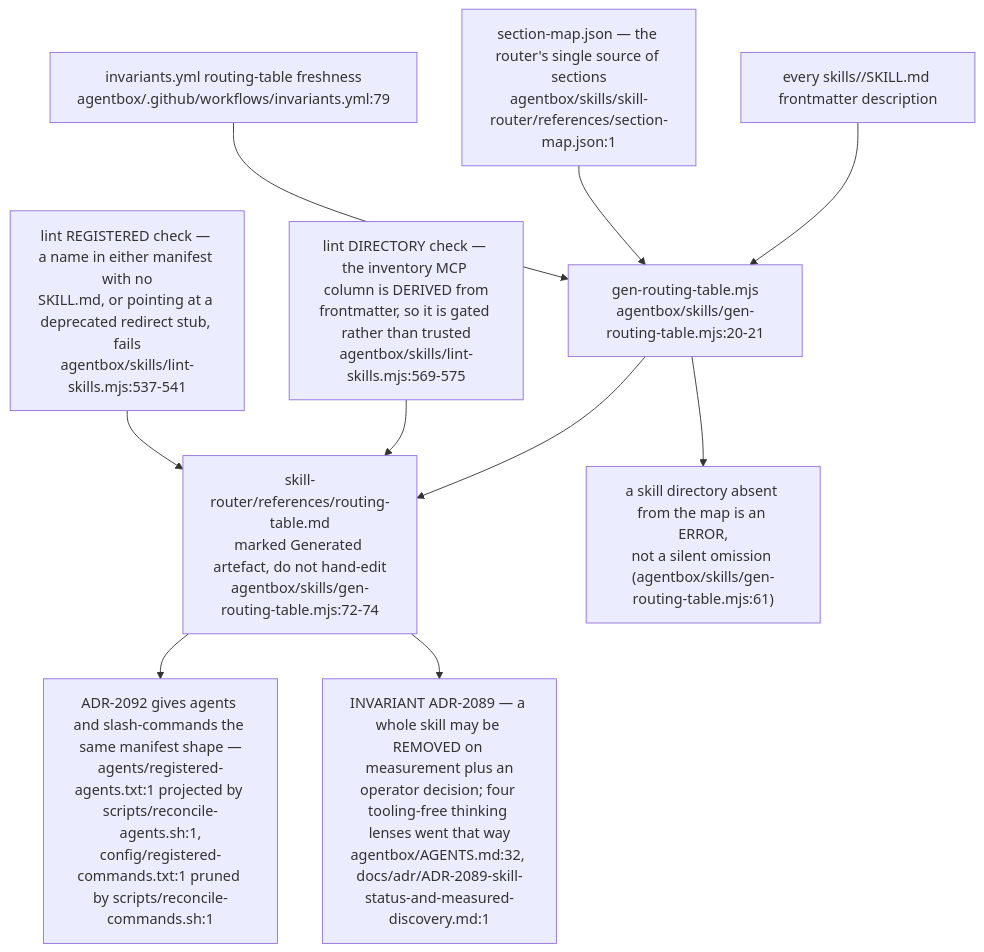
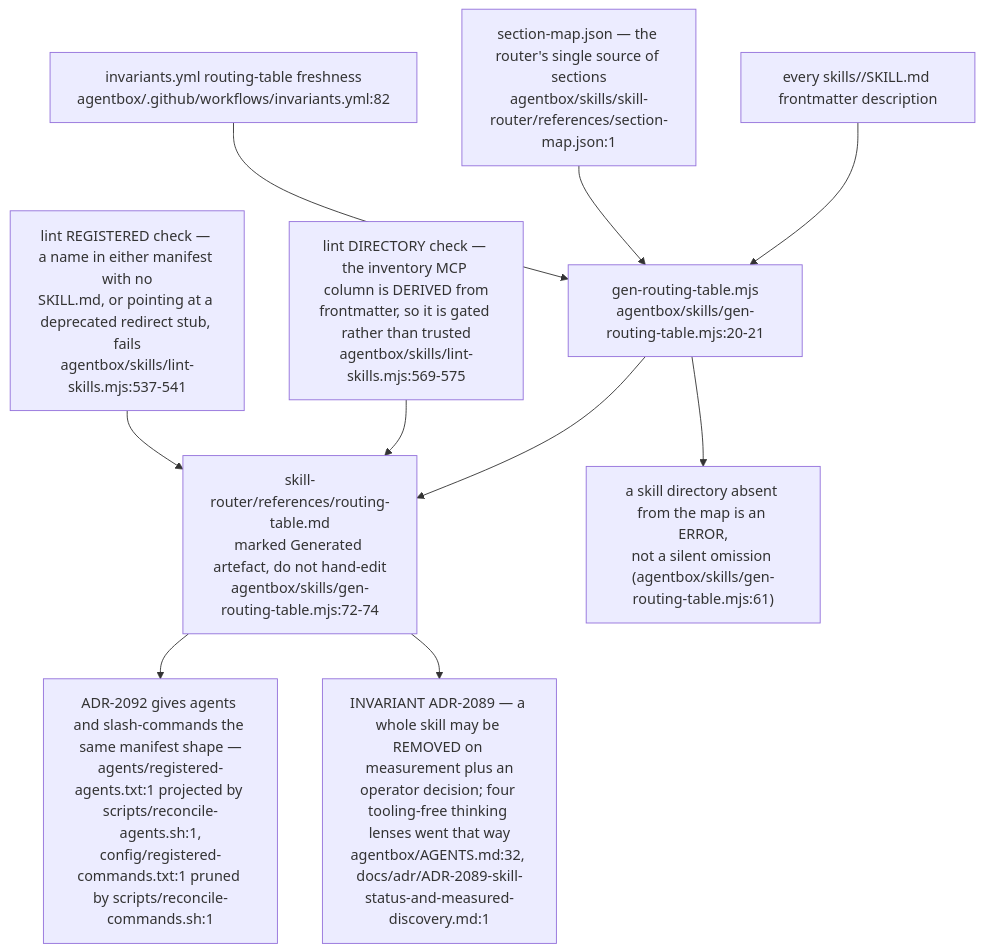
Before and after one commit to DreamLab-AI/VisionFlow: diagram 12 of 12 in docs/diagrams/agentbox/22-skills-and-routing.md, drawn with Mermaid. The commit also changed other lines of this file and 94 other files, not shown here.

First line of the commit message:
docs(diagrams): re-verify 130 topics against 2 October HEADs

````diff
--- a/docs/diagrams/agentbox/22-skills-and-routing.md
+++ b/docs/diagrams/agentbox/22-skills-and-routing.md
@@ -504,12 +506,12 @@
 ```mermaid
 flowchart TB
     FM["every skills/<name>/SKILL.md frontmatter description"] --> GEN["gen-routing-table.mjs<br/>agentbox/skills/gen-routing-table.mjs:20-21"]
     MAP["section-map.json — the router's single source of sections<br/>agentbox/skills/skill-router/references/section-map.json:1"] --> GEN
     GEN --> OUT["skill-router/references/routing-table.md<br/>marked Generated artefact, do not hand-edit<br/>agentbox/skills/gen-routing-table.mjs:72-74"]
     GEN --> MISS["a skill directory absent from the map is an ERROR,<br/>not a silent omission (agentbox/skills/gen-routing-table.mjs:61)"]
-    CI["invariants.yml routing-table freshness<br/>agentbox/.github/workflows/invariants.yml:79"] --> GEN
+    CI["invariants.yml routing-table freshness<br/>agentbox/.github/workflows/invariants.yml:82"] --> GEN
     DIRC["lint DIRECTORY check — the inventory MCP column is DERIVED from<br/>frontmatter, so it is gated rather than trusted<br/>agentbox/skills/lint-skills.mjs:569-575"] --> OUT
     REGC["lint REGISTERED check — a name in either manifest with no<br/>SKILL.md, or pointing at a deprecated redirect stub, fails<br/>agentbox/skills/lint-skills.mjs:537-541"] --> OUT
     OUT --> AG["ADR-2092 gives agents and slash-commands the same manifest shape —<br/>agents/registered-agents.txt:1 projected by scripts/reconcile-agents.sh:1,<br/>config/registered-commands.txt:1 pruned by scripts/reconcile-commands.sh:1"]
     OUT --> RM["INVARIANT ADR-2089 — a whole skill may be REMOVED on measurement plus an<br/>operator decision; four tooling-free thinking lenses went that way<br/>agentbox/AGENTS.md:32, docs/adr/ADR-2089-skill-status-and-measured-discovery.md:1"]
 ```
````
